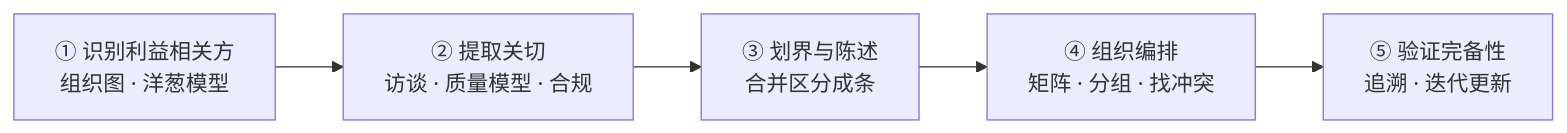
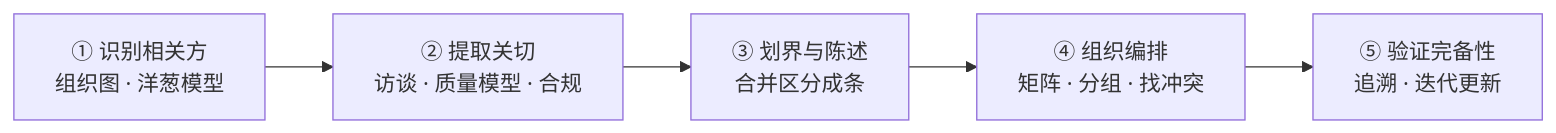
One commit to Yongjunzhou/business-Engineering changed the fifth of 11 diagrams in 10-系统工程研究/00-系统工程相关研究报告/10-架构设计方法论全景研究报告.md. Above: the diagram before and after it, drawn with Mermaid. The commit also changed other lines of this file and 69 other files, not shown here.

````diff
--- a/10-系统工程研究/00-系统工程相关研究报告/10-架构设计方法论全景研究报告.md
+++ b/10-系统工程研究/00-系统工程相关研究报告/10-架构设计方法论全景研究报告.md
@@ -477,7 +477,7 @@
 ```mermaid
 flowchart LR
-    A[① 识别利益相关方<br/>组织图 · 洋葱模型] --> B[② 提取关切<br/>访谈 · 质量模型 · 合规]
+    A[① 识别相关方<br/>组织图 · 洋葱模型] --> B[② 提取关切<br/>访谈 · 质量模型 · 合规]
     B --> C[③ 划界与陈述<br/>合并区分成条]
     C --> D[④ 组织编排<br/>矩阵 · 分组 · 找冲突]
     D --> E[⑤ 验证完备性<br/>追溯 · 迭代更新]
 ```
````
